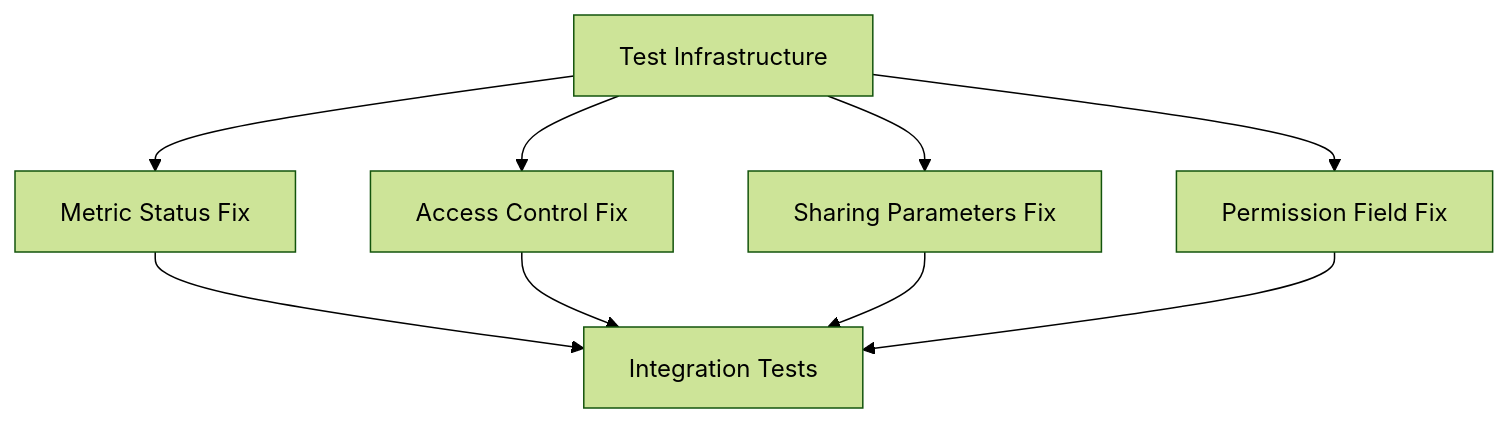
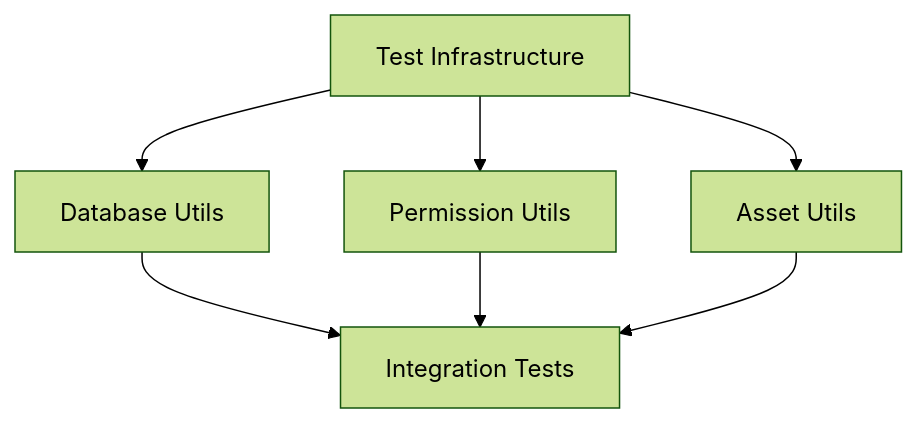
One commit to f4falalu/echo changed the diagram in api/prds/active/project_bug_fixes_and_testing.md. Above: the diagram before and after it, drawn with Mermaid (forest theme). The commit also changed other lines of this file and 4 other files, not shown here.

````diff
--- a/api/prds/active/project_bug_fixes_and_testing.md
+++ b/api/prds/active/project_bug_fixes_and_testing.md
@@ -43,11 +62,9 @@
 ```mermaid
 graph TD
-    A[Test Infrastructure] --> B[Metric Status Fix]
-    A --> C[Access Control Fix]
-    A --> D[Sharing Parameters Fix]
-    A --> E[Permission Field Fix]
-    B --> F[Integration Tests]
-    C --> F
-    D --> F
-    E --> F
+    A[Test Infrastructure] --> B[Database Utils]
+    A --> C[Permission Utils]
+    A --> D[Asset Utils]
+    B --> E[Integration Tests]
+    C --> E
+    D --> E
 ```
````
